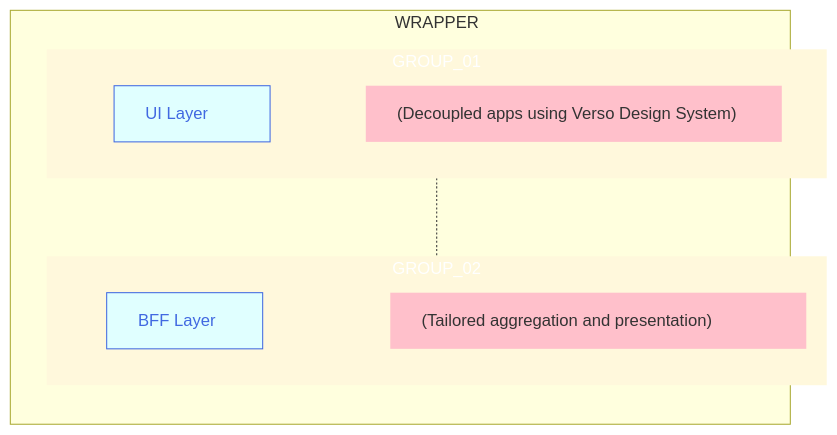
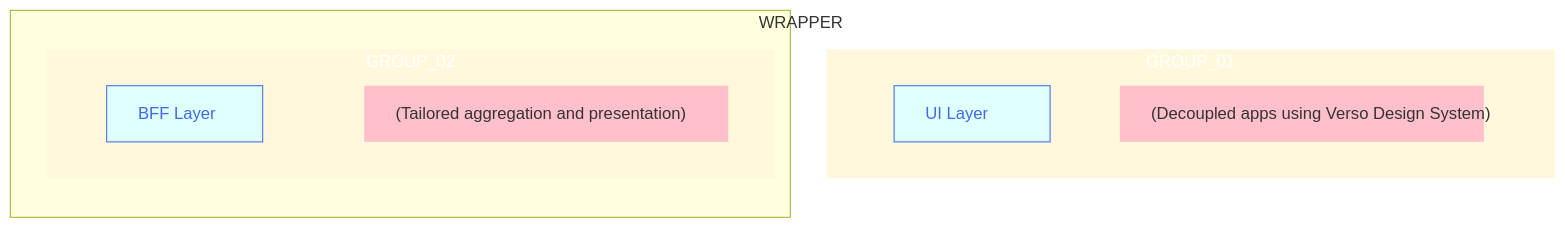
One commit to joe-dorward/samples changed the diagram in buttons_mermaid_v5.md. Above: the diagram before and after it, drawn with Mermaid.

````diff
--- a/buttons_mermaid_v5.md
+++ b/buttons_mermaid_v5.md
@@ -3,47 +3,47 @@
 ```mermaid
   %%{
     init: {
       "flowchart": { "markdownAutoWrap":"false", "textWrap":"false", "textAlign":"left", "wrappingWidth": "100%" }
     }
   }%%
   flowchart TD
 
   classDef Button fill:lightcyan, stroke:royalblue, color:royalblue, width:150px
-  classDef Note fill:pink, stroke-width:0px, width:400px, margin:0px
+  classDef Note fill:pink, stroke-width:0px, width:350px, margin:0px
   %% ---------- ---------- ---------- ---------- ---------- ---------- ---------- ---------- ---------- ----------
 subgraph WRAPPER
   direction TD
 
   subgraph GROUP_01
     %%direction LR
 
     BUTTON_01_NOTE["(Decoupled apps using Verso Design System)"]:::Note
     BUTTON_01["UI Layer"]:::Button
     click BUTTON_01 "https://en.wikipedia.org/wiki/Main_Page" _blank
 
     BUTTON_01~~~
     BUTTON_01_NOTE
   end
   %% ---------- ---------- ---------- ---------- ---------- ---------- ---------- ---------- ---------- ----------
   subgraph GROUP_02
     %%direction LR
 
     BUTTON_02_NOTE["(Tailored aggregation and presentation)"]:::Note
     BUTTON_02["BFF Layer"]:::Button
     click BUTTON_02 "https://en.wikipedia.org/wiki/Main_Page" _blank
 
     BUTTON_02~~~
     BUTTON_02_NOTE
   end
 end
   %% ---------- ---------- ---------- ---------- ---------- ---------- ---------- ---------- ---------- ----------
 
-GROUP_01-.-GROUP_02
+%%GROUP_01-.-GROUP_02
 
 %%BUTTON_01-->BUTTON_02
 
   style GROUP_01 fill:cornsilk, color:white, stroke-width:0px
   style GROUP_02 fill:cornsilk, color:white, stroke-width:0px
 
   style WRAPPER width:750px
 ```
````
